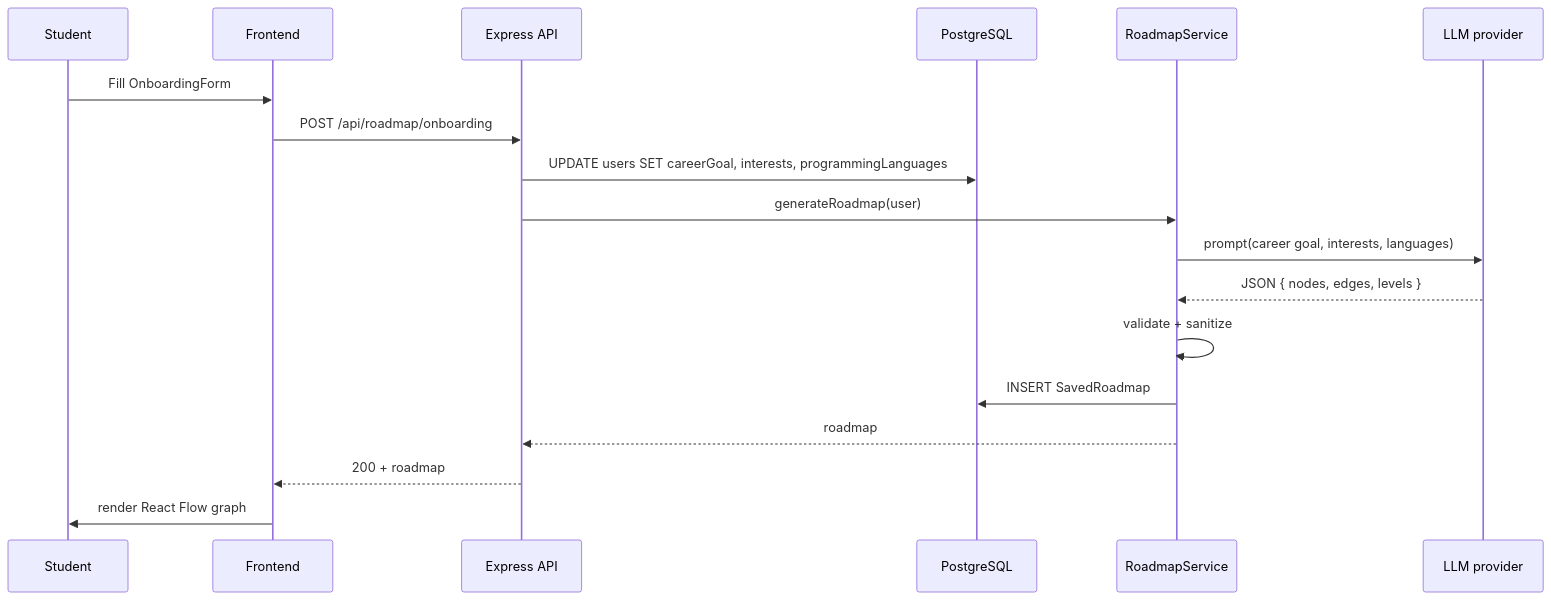
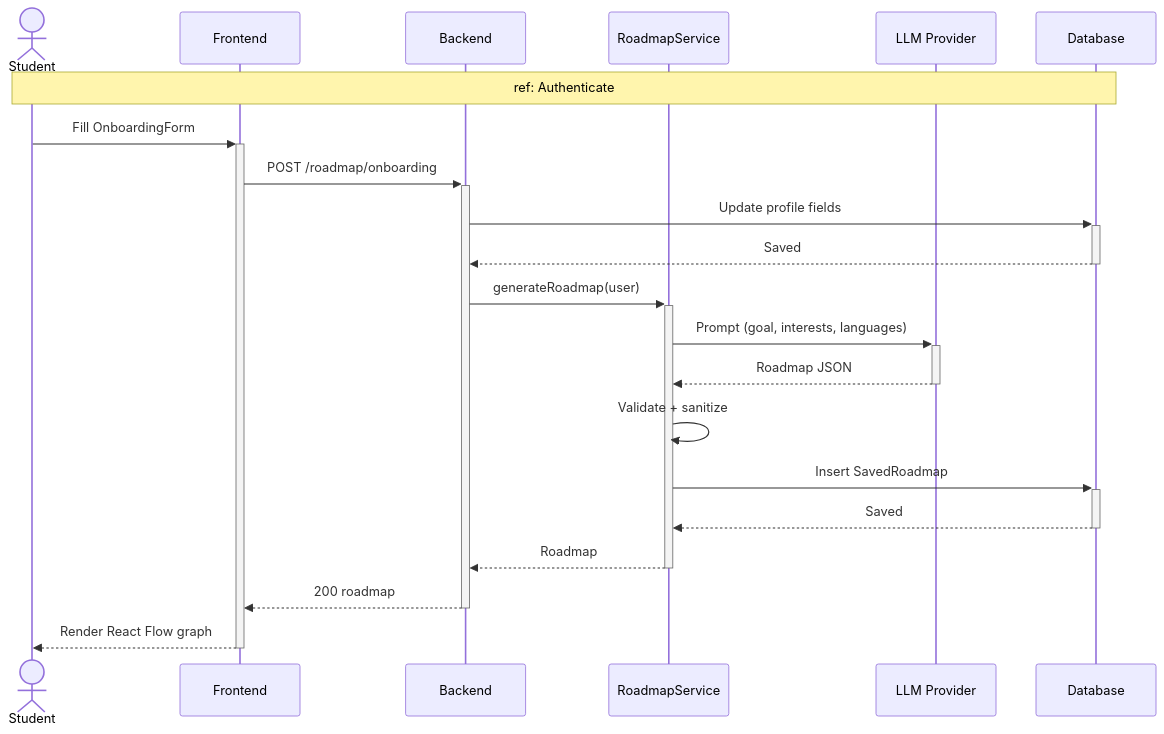
Before and after one commit to MaizaAymen/OmniLearn: the sixth of 19 diagrams in docs/11_flows_and_diagrams.md, drawn with Mermaid. The commit also changed other lines of this file and 4 other files, not shown here.

````diff
--- a/docs/11_flows_and_diagrams.md
+++ b/docs/11_flows_and_diagrams.md
@@ -384,21 +398,25 @@
 ```mermaid
 sequenceDiagram
-  participant S as Student
-  participant FE as Frontend
-  participant API as Express API
-  participant DB as PostgreSQL
-  participant SVC as RoadmapService
-  participant LLM as LLM provider
+    actor Student
+    participant FE as Frontend
+    participant API as Backend
+    participant Svc as RoadmapService
+    participant LLM as LLM Provider
+    participant DB as Database
 
-  S->>FE: Fill OnboardingForm
-  FE->>API: POST /api/roadmap/onboarding
-  API->>DB: UPDATE users SET careerGoal, interests, programmingLanguages
-  API->>SVC: generateRoadmap(user)
-  SVC->>LLM: prompt(career goal, interests, languages)
-  LLM-->>SVC: JSON { nodes, edges, levels }
-  SVC->>SVC: validate + sanitize
-  SVC->>DB: INSERT SavedRoadmap
-  SVC-->>API: roadmap
-  API-->>FE: 200 + roadmap
-  FE->>S: render React Flow graph
+    Note over Student,DB: ref: Authenticate
+
+    Student->>+FE: Fill OnboardingForm
+    FE->>+API: POST /roadmap/onboarding
+    API->>+DB: Update profile fields
+    DB-->>-API: Saved
+    API->>+Svc: generateRoadmap(user)
+    Svc->>+LLM: Prompt (goal, interests, languages)
+    LLM-->>-Svc: Roadmap JSON
+    Svc->>Svc: Validate + sanitize
+    Svc->>+DB: Insert SavedRoadmap
+    DB-->>-Svc: Saved
+    Svc-->>-API: Roadmap
+    API-->>-FE: 200 roadmap
+    FE-->>-Student: Render React Flow graph
 ```
````
